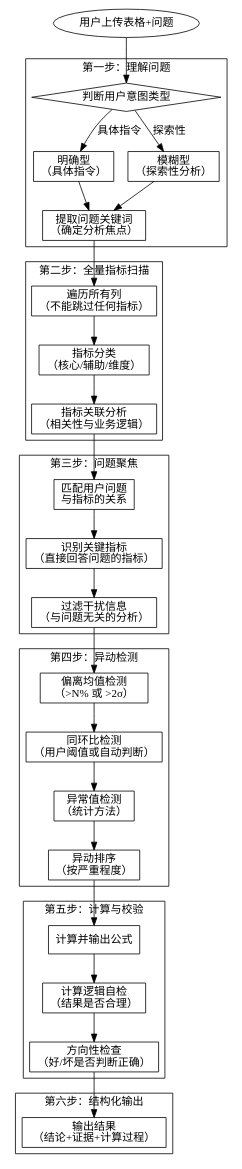
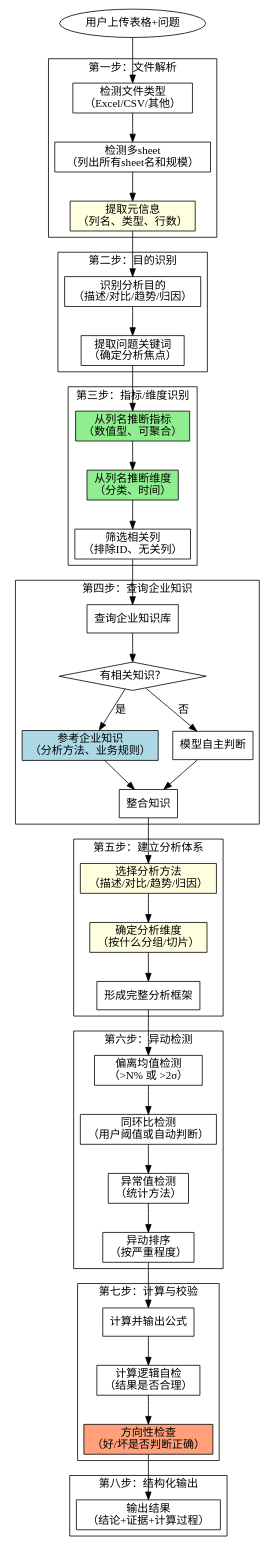
Before and after one commit to damonlinyz/skill_mp: the diagram in table-data-analysis-pe-skill.md, drawn with Graphviz. The commit also changed other lines of this file, not shown here.

````diff
--- a/table-data-analysis-pe-skill.md
+++ b/table-data-analysis-pe-skill.md
@@ -32,70 +45,85 @@
     start [label="用户上传表格+问题" shape=ellipse];
 
     subgraph cluster_0 {
-        label="第一步：理解问题";
-        check_intent [label="判断用户意图类型" shape=diamond];
-        explicit [label="明确型\n（具体指令）" shape=box];
-        vague [label="模糊型\n（探索性分析）" shape=box];
+        label="第一步：文件解析";
+        detect_type [label="检测文件类型\n（Excel/CSV/其他）" shape=box];
+        detect_sheets [label="检测多sheet\n（列出所有sheet名和规模）" shape=box];
+        extract_meta [label="提取元信息\n（列名、类型、行数）" shape=box style=filled fillcolor=lightyellow];
+    }
+
+    subgraph cluster_1 {
+        label="第二步：目的识别";
+        check_intent [label="识别分析目的\n（描述/对比/趋势/归因）" shape=box];
         extract_keywords [label="提取问题关键词\n（确定分析焦点）" shape=box];
     }
 
-    subgraph cluster_1 {
-        label="第二步：全量指标扫描";
-        scan_all [label="遍历所有列\n（不能跳过任何指标）" shape=box];
-        classify_columns [label="指标分类\n（核心/辅助/维度）" shape=box];
-        find_relations [label="指标关联分析\n（相关性与业务逻辑）" shape=box];
-    }
-
     subgraph cluster_2 {
-        label="第三步：问题聚焦";
-        match_problem [label="匹配用户问题\n与指标的关系" shape=box];
-        identify_key [label="识别关键指标\n（直接回答问题的指标）" shape=box];
-        filter_noise [label="过滤干扰信息\n（与问题无关的分析）" shape=box];
+        label="第三步：指标/维度识别";
+        infer_metrics [label="从列名推断指标\n（数值型、可聚合）" shape=box style=filled fillcolor=lightgreen];
+        infer_dims [label="从列名推断维度\n（分类、时间）" shape=box style=filled fillcolor=lightgreen];
+        filter_cols [label="筛选相关列\n（排除ID、无关列）" shape=box];
     }
 
     subgraph cluster_3 {
-        label="第四步：异动检测";
+        label="第四步：查询企业知识";
+        check_knowledge [label="查询企业知识库" shape=box];
+        has_knowledge [label="有相关知识？" shape=diamond];
+        use_knowledge [label="参考企业知识\n（分析方法、业务规则）" shape=box style=filled fillcolor=lightblue];
+        no_knowledge [label="模型自主判断" shape=box];
+        merge_knowledge [label="整合知识" shape=box];
+    }
+
+    subgraph cluster_4 {
+        label="第五步：建立分析体系";
+        select_methods [label="选择分析方法\n（描述/对比/趋势/归因）" shape=box style=filled fillcolor=lightyellow];
+        select_dims [label="确定分析维度\n（按什么分组/切片）" shape=box style=filled fillcolor=lightyellow];
+        define_system [label="形成完整分析框架" shape=box];
+    }
+
+    subgraph cluster_5 {
+        label="第六步：异动检测";
         check_deviation [label="偏离均值检测\n（>N% 或 >2σ）" shape=box];
         check_trend [label="同环比检测\n（用户阈值或自动判断）" shape=box];
         check_outlier [label="异常值检测\n（统计方法）" shape=box];
         rank_anomalies [label="异动排序\n（按严重程度）" shape=box];
     }
 
-    subgraph cluster_4 {
-        label="第五步：计算与校验";
+    subgraph cluster_6 {
+        label="第七步：计算与校验";
         calc_with_formula [label="计算并输出公式" shape=box];
         calc_check [label="计算逻辑自检\n（结果是否合理）" shape=box];
-        direction_check [label="方向性检查\n（好/坏是否判断正确）" shape=box];
+        direction_check [label="方向性检查\n（好/坏是否判断正确）" shape=box style=filled fillcolor=lightsalmon];
     }
 
-    subgraph cluster_5 {
-        label="第六步：结构化输出";
+    subgraph cluster_7 {
+        label="第八步：结构化输出";
         output [label="输出结果\n（结论+证据+计算过程）" shape=box];
     }
 
-    start -> check_intent;
-    check_intent -> explicit [label="具体指令"];
-    check_intent -> vague [label="探索性"];
-    explicit -> extract_keywords;
-    vague -> extract_keywords;
-
-    extract_keywords -> scan_all;
-    scan_all -> classify_columns;
-    classify_columns -> find_relations;
-
-    find_relations -> match_problem;
-    match_problem -> identify_key;
-    identify_key -> filter_noise;
-
-    filter_noise -> check_deviation;
+    start -> detect_type;
+    detect_type -> detect_sheets;
+    detect_sheets -> extract_meta;
+    extract_meta -> check_intent;
+    check_intent -> extract_keywords;
+    extract_keywords -> infer_metrics;
+    infer_metrics -> infer_dims;
+    infer_dims -> filter_cols;
+    filter_cols -> check_knowledge;
+    check_knowledge -> has_knowledge;
+    has_knowledge -> use_knowledge [label="是"];
+    has_knowledge -> no_knowledge [label="否"];
+    use_knowledge -> merge_knowledge;
+    no_knowledge -> merge_knowledge;
+    merge_knowledge -> select_methods;
+    select_methods -> select_dims;
+    select_dims -> define_system;
+    define_system -> check_deviation;
     check_deviation -> check_trend;
     check_trend -> check_outlier;
     check_outlier -> rank_anomalies;
-
     rank_anomalies -> calc_with_formula;
     calc_with_formula -> calc_check;
     calc_check -> direction_check;
-
     direction_check -> output;
 }
 ```
````
